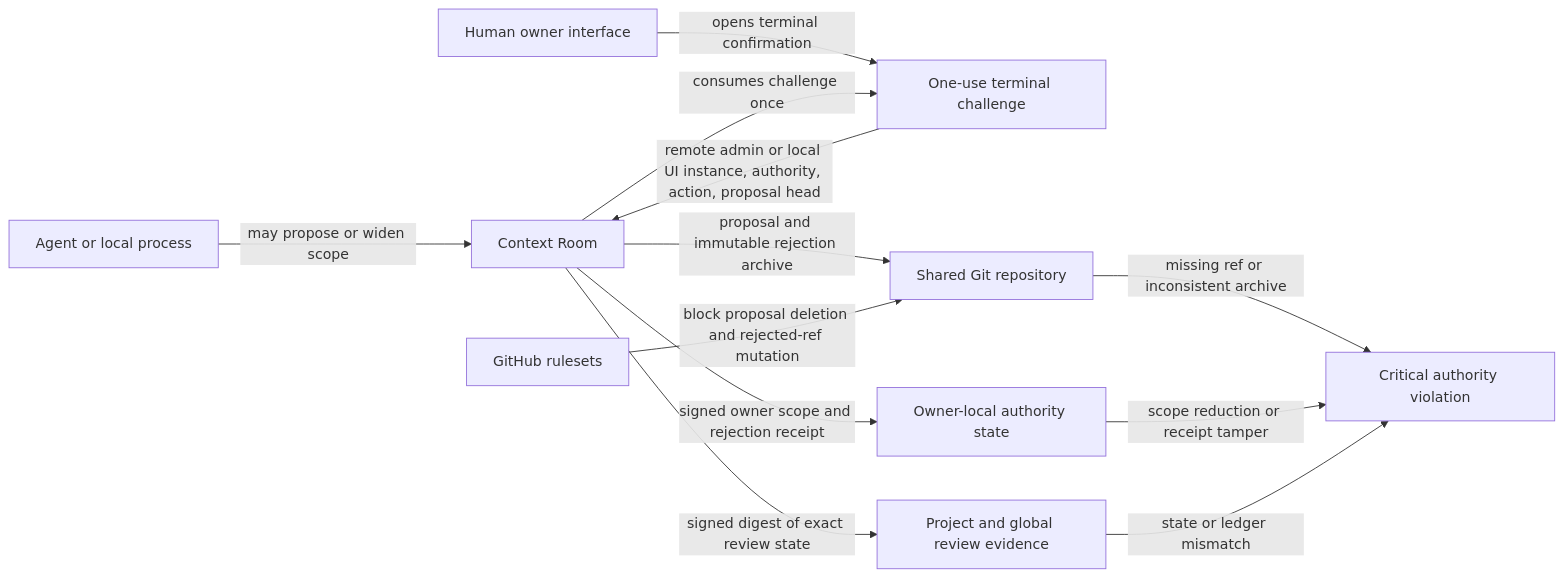
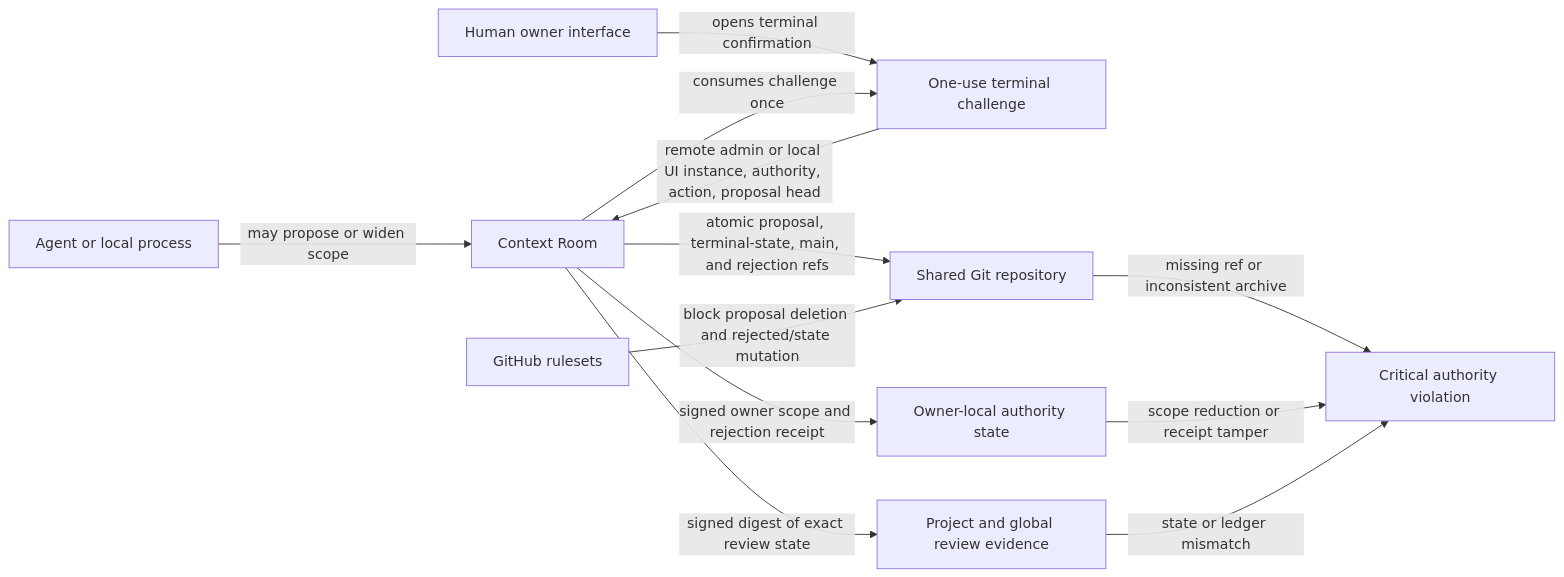
One commit to blancmathis/context-room changed the diagram in docs/features/review-authority.md. Above: the diagram before and after it, drawn with Mermaid. The commit also changed other lines of this file and 96 other files, not shown here.

````diff
--- a/docs/features/review-authority.md
+++ b/docs/features/review-authority.md
@@ -45,14 +50,14 @@
 ```mermaid
 flowchart LR
   agent["Agent or local process"] -->|may propose or widen scope| app["Context Room"]
   human["Human owner interface"] -->|opens terminal confirmation| challenge["One-use terminal challenge"]
   challenge -->|remote admin or local UI instance, authority, action, proposal head| app
   app -->|signed owner scope and rejection receipt| local["Owner-local authority state"]
   app -->|signed digest of exact review state| evidence["Project and global review evidence"]
   app -->|consumes challenge once| challenge
-  app -->|proposal and immutable rejection archive| git["Shared Git repository"]
-  provider["GitHub rulesets"] -->|block proposal deletion and rejected-ref mutation| git
+  app -->|atomic proposal, terminal-state, main, and rejection refs| git["Shared Git repository"]
+  provider["GitHub rulesets"] -->|block proposal deletion and rejected/state mutation| git
   git -->|missing ref or inconsistent archive| alert["Critical authority violation"]
   local -->|scope reduction or receipt tamper| alert
   evidence -->|state or ledger mismatch| alert
 ```
````
